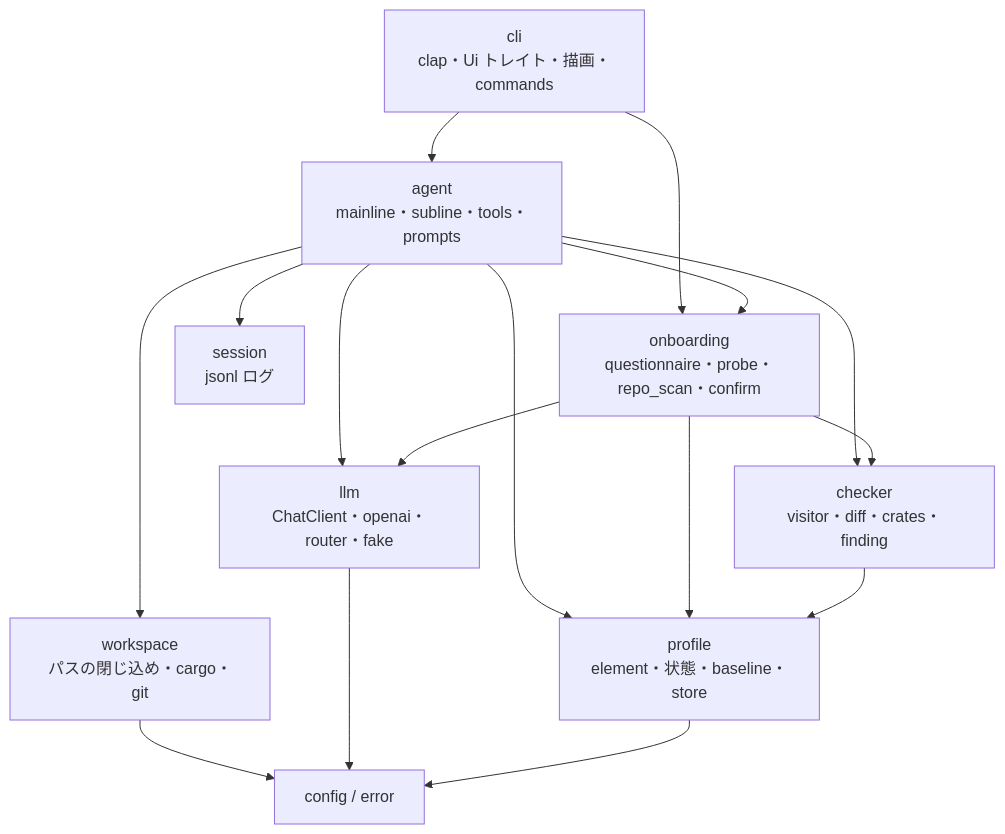
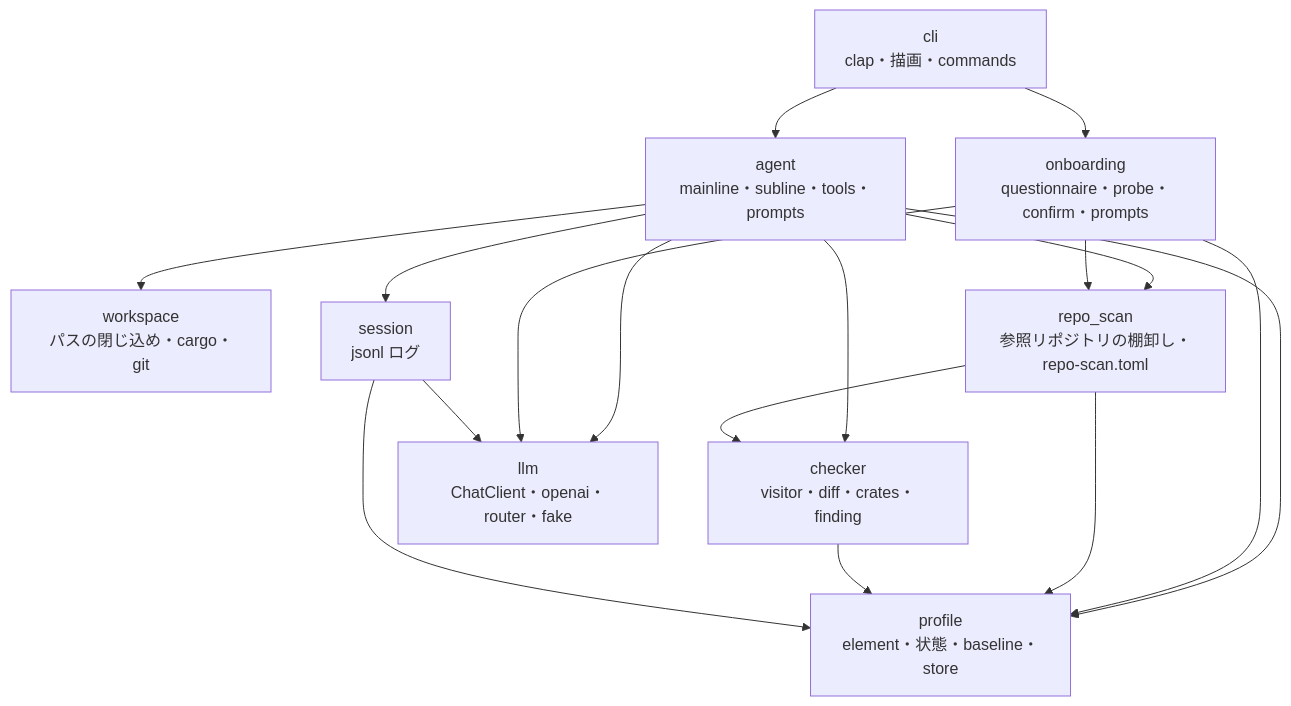
Before and after one commit to sumiredc/molt: the seventh of 9 diagrams in PRD.ja.md, drawn with Mermaid. The commit also changed other lines of this file and 2 other files, not shown here.

Commit message:
PRD §8.2 の図を移した後の依存に直し、図に無い向きの依存をテストで検出する
agent と onboarding の循環を解いたあとの辺に図を合わせ、コードに無かった
workspace → config・profile → config を消し、session の辺を足した。土台
（config・error・ui）と最上位の cli は辺を描かず文で書く。

tests/module_deps.rs は src/ の全ファイル（テストを含む）を syn で読み、
top-level の module に届く path（crate:: と、深さと同じ数の super::。マクロの
トークンの中も含む）を集める。許す辺は PRD.md §8.2 の図から読み、土台へは
どこからでも（土台の中は config → error だけ）、cli からはどこへでも許す。
図の辺がどれも使われていること、PRD.ja.md の図の辺が同じことも確かめる。
crate のルートの glob は、名前を出さずに届くので常に失敗にする。

````diff
--- a/PRD.ja.md
+++ b/PRD.ja.md
@@ -309,18 +309,19 @@
 ```mermaid
 flowchart TB
-  cli["cli<br/>clap・Ui トレイト・描画・commands"] --> agent["agent<br/>mainline・subline・tools・prompts"]
-  cli --> onboarding["onboarding<br/>questionnaire・probe・repo_scan・confirm"]
+  cli["cli<br/>clap・描画・commands"] --> agent["agent<br/>mainline・subline・tools・prompts"]
+  cli --> onboarding["onboarding<br/>questionnaire・probe・confirm・prompts"]
   agent --> workspace["workspace<br/>パスの閉じ込め・cargo・git"]
   agent --> checker["checker<br/>visitor・diff・crates・finding"]
   agent --> llm["llm<br/>ChatClient・openai・router・fake"]
   agent --> profile["profile<br/>element・状態・baseline・store"]
   agent --> session["session<br/>jsonl ログ"]
-  agent --> onboarding
-  onboarding --> checker
+  agent --> repo_scan["repo_scan<br/>参照リポジトリの棚卸し・repo-scan.toml"]
   onboarding --> llm
   onboarding --> profile
+  onboarding --> repo_scan
+  repo_scan --> checker
+  repo_scan --> profile
   checker --> profile
-  workspace --> config["config / error"]
-  llm --> config
-  profile --> config
+  session --> llm
+  session --> profile
 ```
````
